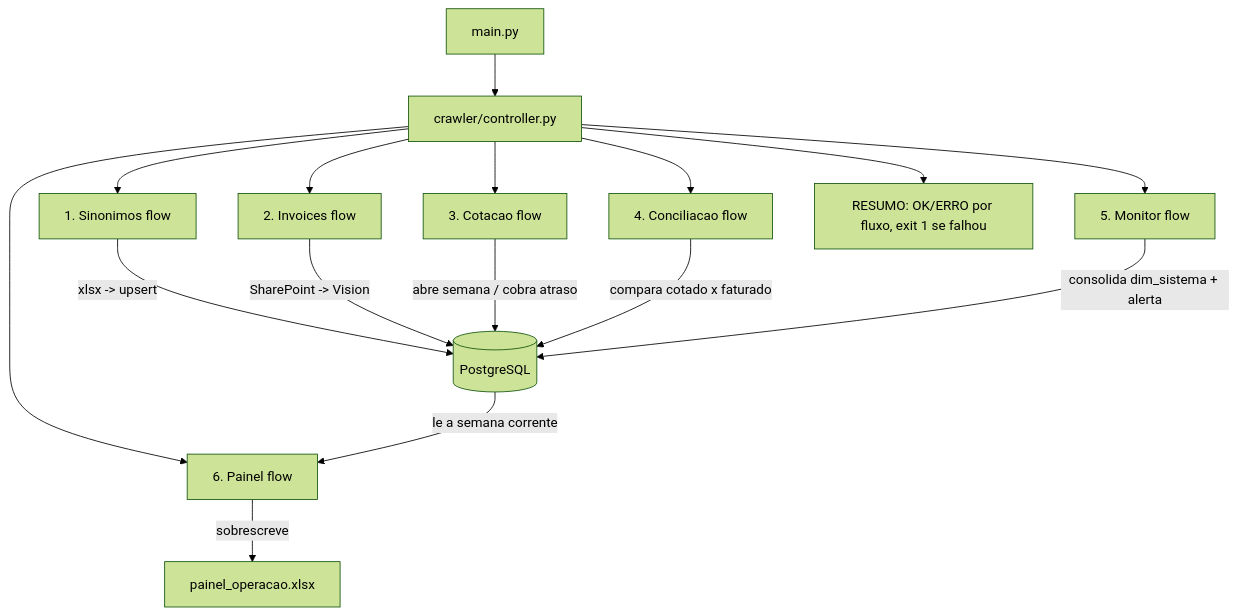
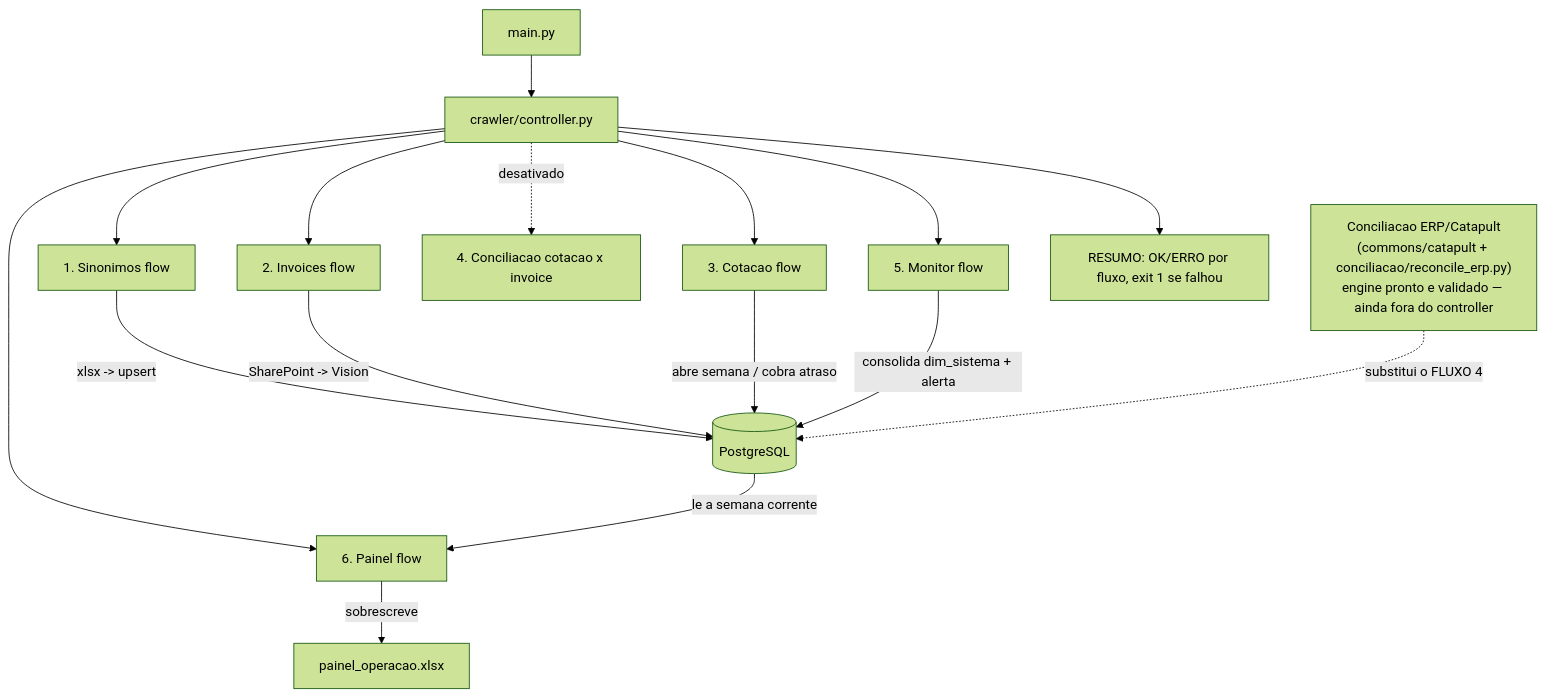
One commit to CauetMenezes26/automacao_schiavon changed the diagram in README.md. Above: the diagram before and after it, drawn with Mermaid (forest theme). The commit also changed other lines of this file and 258 other files, not shown here.

First line of the commit message:
fix(flow): corrige achados do code-review da conciliacao ERP e reorganiza projeto

````diff
--- a/README.md
+++ b/README.md
@@ -101,20 +140,21 @@
 ```mermaid
 flowchart TD
     A[main.py] --> C[crawler/controller.py]
     C --> F1[1. Sinonimos flow]
     C --> F2[2. Invoices flow]
     C --> F3[3. Cotacao flow]
-    C --> F4[4. Conciliacao flow]
+    C -.->|desativado| F4["4. Conciliacao cotacao x invoice"]
     C --> F5[5. Monitor flow]
     C --> F6[6. Painel flow]
 
     F1 -->|xlsx -> upsert| DB[(PostgreSQL)]
     F2 -->|SharePoint -> Vision| DB
     F3 -->|abre semana / cobra atraso| DB
-    F4 -->|compara cotado x faturado| DB
     F5 -->|consolida dim_sistema + alerta| DB
     DB -->|le a semana corrente| F6
     F6 -->|sobrescreve| X[painel_operacao.xlsx]
 
+    ERP["Conciliacao ERP/Catapult<br/>(commons/catapult + conciliacao/reconcile_erp.py)<br/>engine pronto e validado — ainda fora do controller"] -.->|substitui o FLUXO 4| DB
+
     C --> R[RESUMO: OK/ERRO por fluxo, exit 1 se falhou]
 ```
````
